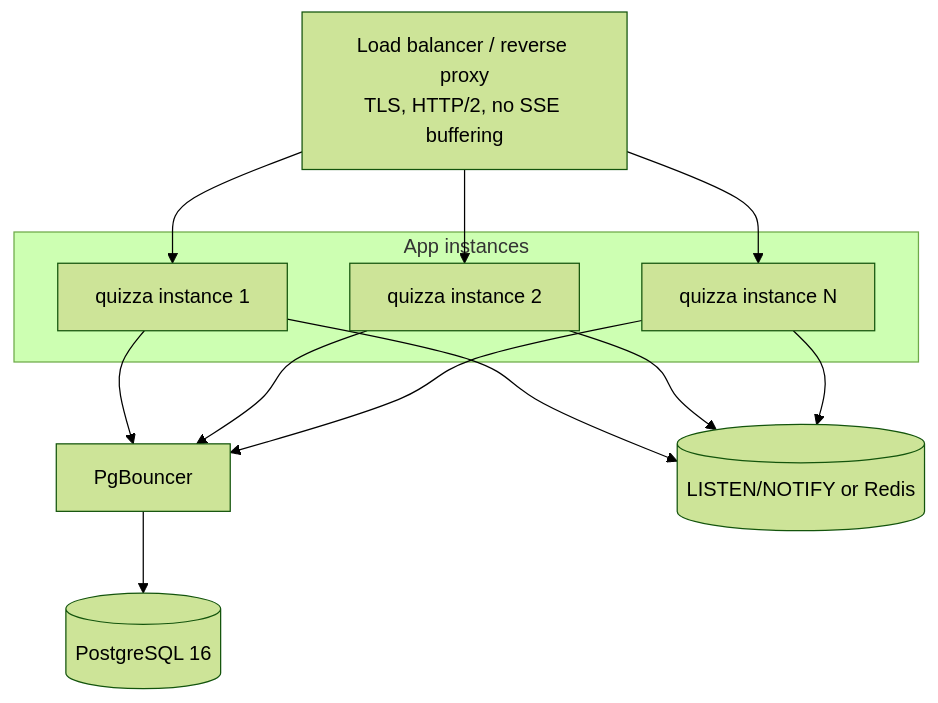
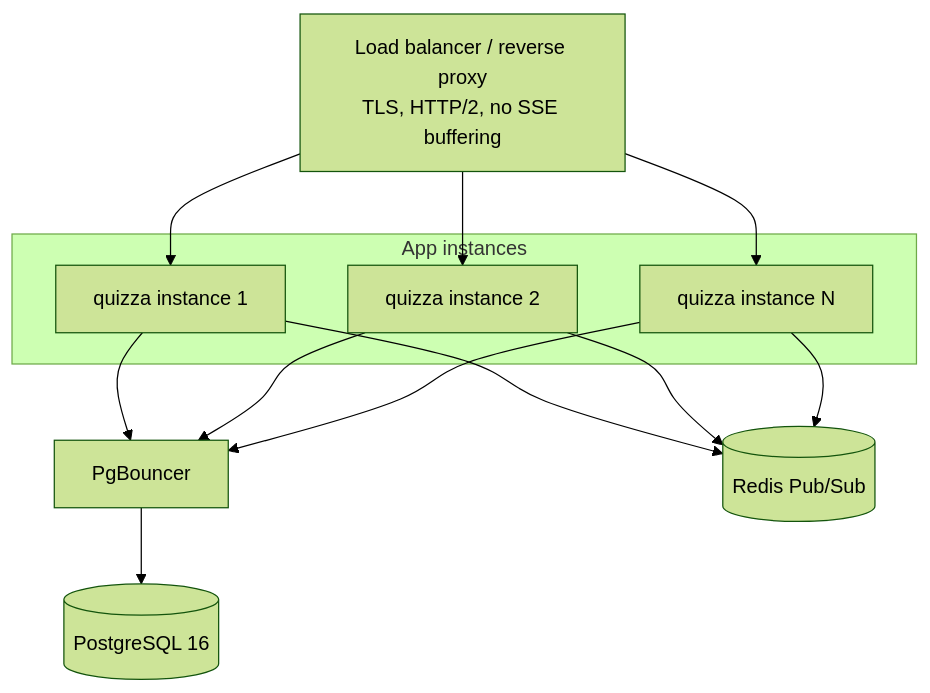
One commit to USAR-FOSS/Quizza changed the ninth of 9 diagrams in docs/sdd.md. Above: the diagram before and after it, drawn with Mermaid (forest theme). The commit also changed other lines of this file and 46 other files, not shown here.

````diff
--- a/docs/sdd.md
+++ b/docs/sdd.md
@@ -375,16 +381,16 @@
 ```mermaid
 flowchart TB
   lb[Load balancer / reverse proxy<br/>TLS, HTTP/2, no SSE buffering]
   subgraph instances[App instances]
     a1[quizza instance 1]
     a2[quizza instance 2]
     an[quizza instance N]
   end
   pooler[PgBouncer]
   db[(PostgreSQL 16)]
-  backplane[(LISTEN/NOTIFY or Redis)]
+  backplane[(Redis Pub/Sub)]
 
   lb --> a1 & a2 & an
   a1 & a2 & an --> pooler --> db
   a1 & a2 & an --> backplane
 ```
````
